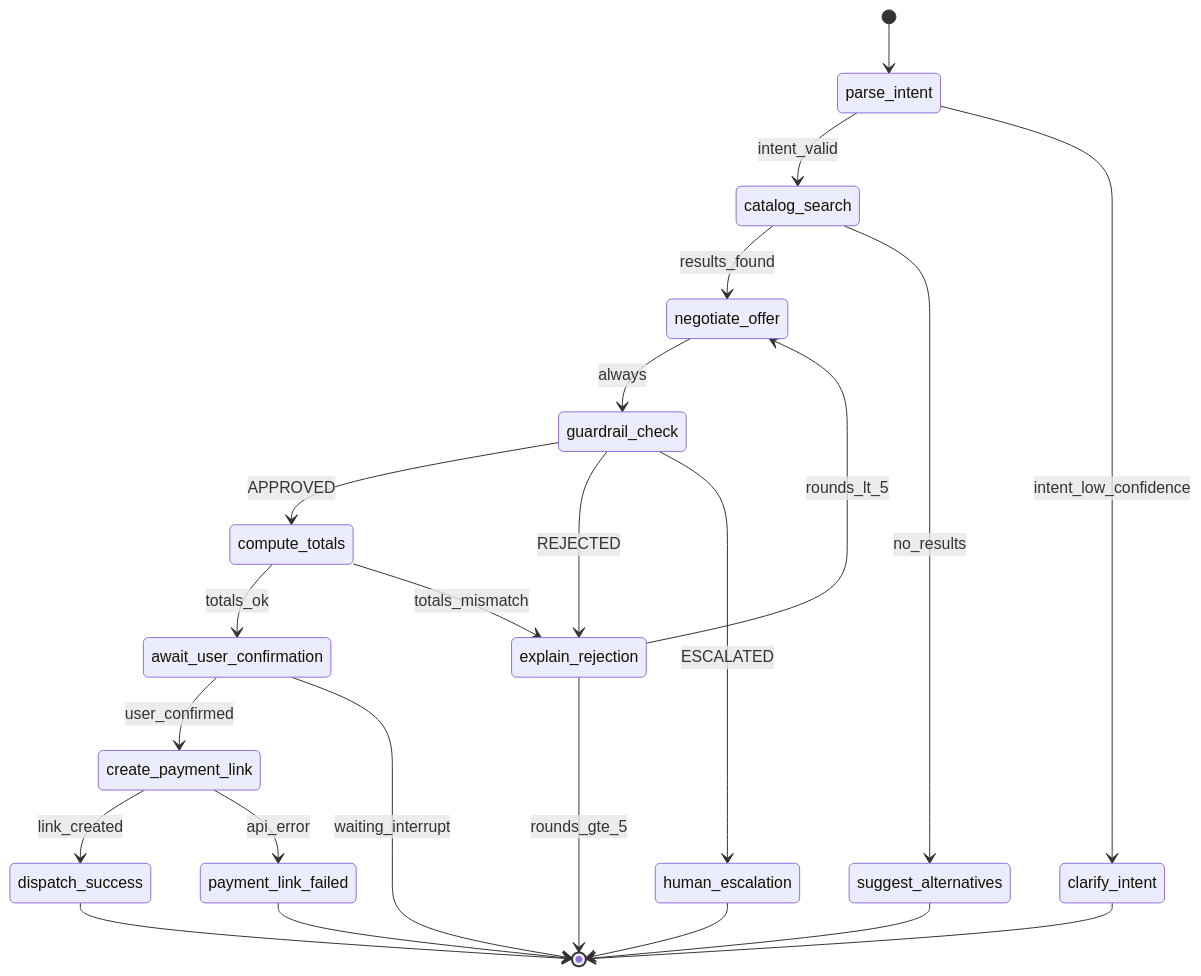
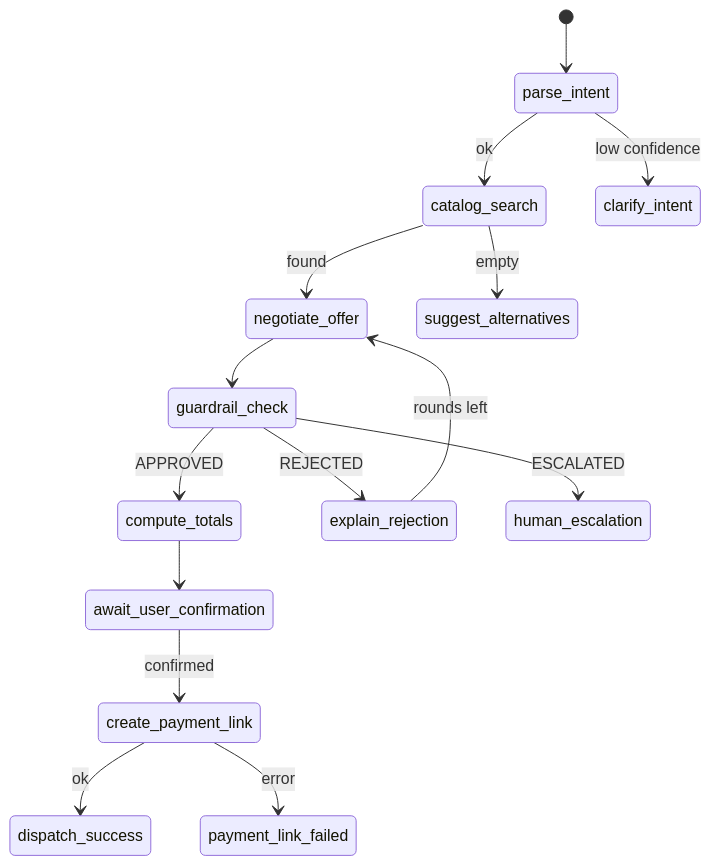
One commit to ambitiouss22/KeenPay changed the second of 2 diagrams in docs/ARCHITECTURE.md. Above: the diagram before and after it, drawn with Mermaid. The commit also changed other lines of this file and 15 other files, not shown here.

````diff
--- a/docs/ARCHITECTURE.md
+++ b/docs/ARCHITECTURE.md
@@ -232,33 +157,17 @@
 ```mermaid
 stateDiagram-v2
     [*] --> parse_intent
-    parse_intent --> catalog_search: intent_valid
-    parse_intent --> clarify_intent: intent_low_confidence
-    clarify_intent --> [*]
-
-    catalog_search --> negotiate_offer: results_found
-    catalog_search --> suggest_alternatives: no_results
-    suggest_alternatives --> [*]
-
-    negotiate_offer --> guardrail_check: always
-
+    parse_intent --> catalog_search: ok
+    parse_intent --> clarify_intent: low confidence
+    catalog_search --> negotiate_offer: found
+    catalog_search --> suggest_alternatives: empty
+    negotiate_offer --> guardrail_check
     guardrail_check --> compute_totals: APPROVED
     guardrail_check --> explain_rejection: REJECTED
     guardrail_check --> human_escalation: ESCALATED
-
-    explain_rejection --> negotiate_offer: rounds_lt_5
-    explain_rejection --> [*]: rounds_gte_5
-
-    compute_totals --> await_user_confirmation: totals_ok
-    compute_totals --> explain_rejection: totals_mismatch
-
-    await_user_confirmation --> create_payment_link: user_confirmed
-    await_user_confirmation --> [*]: waiting_interrupt
-
-    create_payment_link --> dispatch_success: link_created
-    create_payment_link --> payment_link_failed: api_error
-
-    dispatch_success --> [*]
-    payment_link_failed --> [*]
-    human_escalation --> [*]
+    explain_rejection --> negotiate_offer: rounds left
+    compute_totals --> await_user_confirmation
+    await_user_confirmation --> create_payment_link: confirmed
+    create_payment_link --> dispatch_success: ok
+    create_payment_link --> payment_link_failed: error
 ```
````
